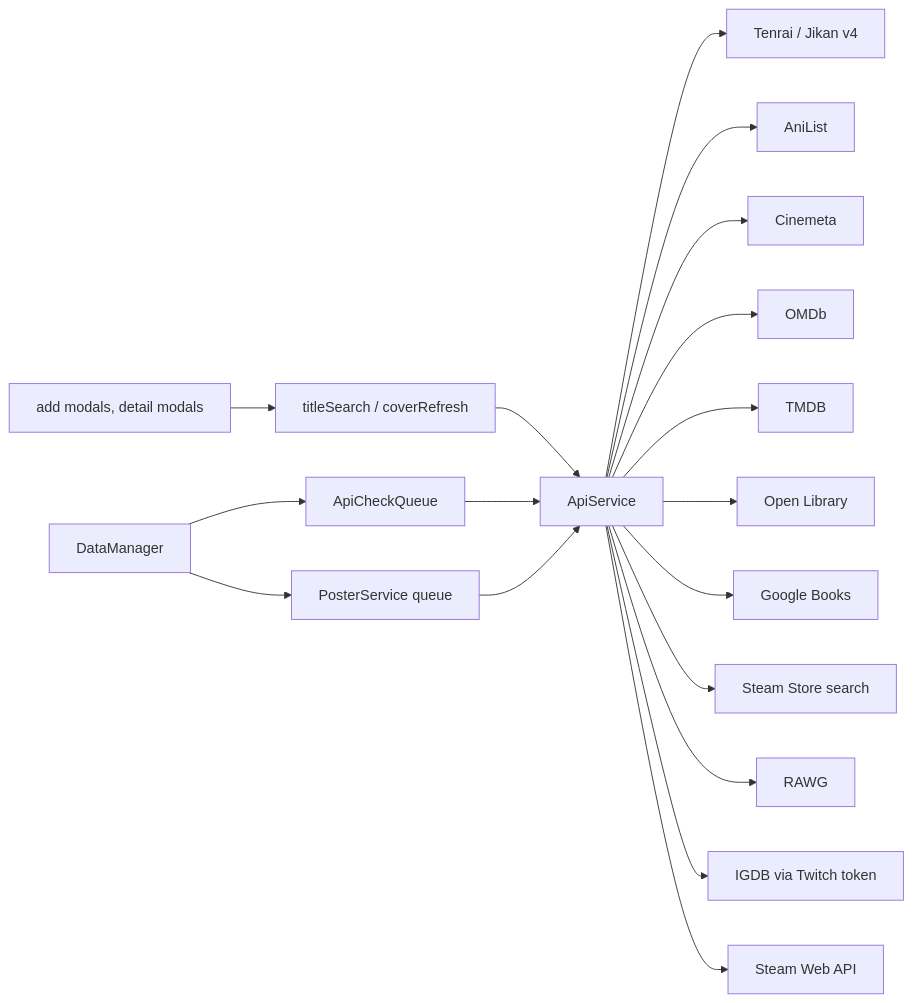
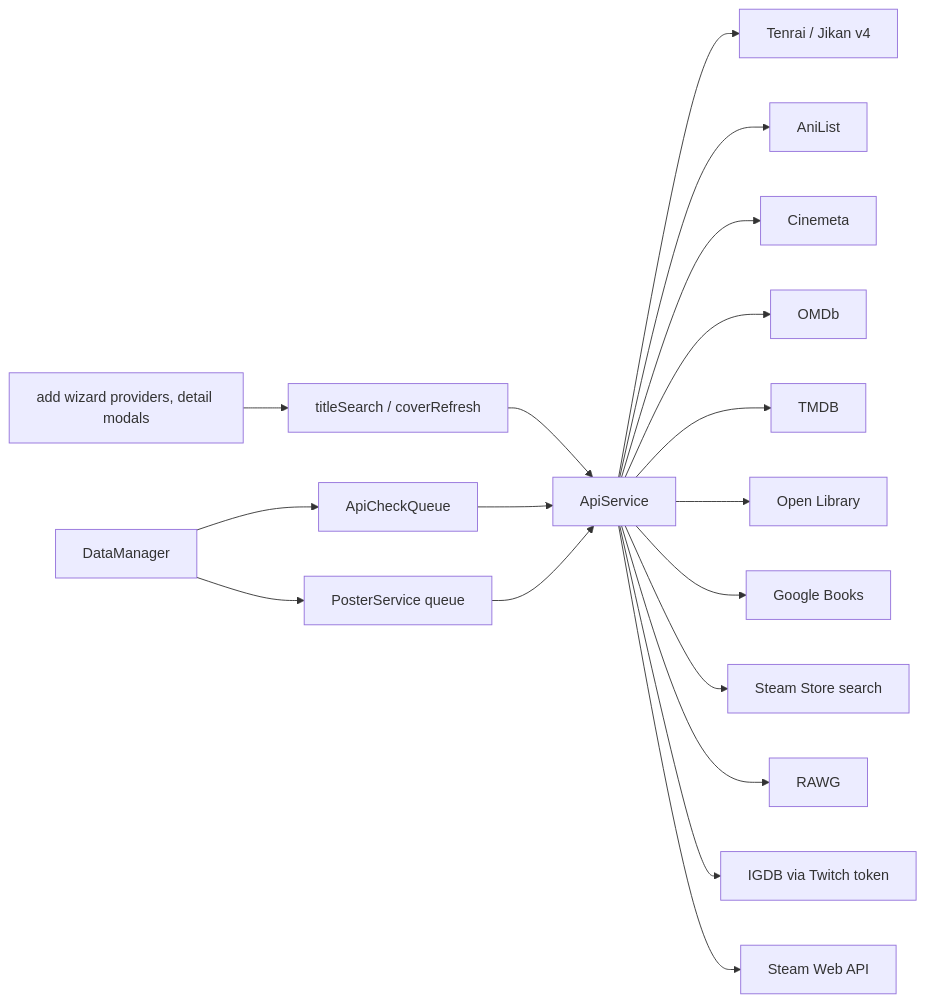
One commit to Macavity/obsidian-hoard changed the diagram in docs/architecture/api-layer.md. Above: the diagram before and after it, drawn with Mermaid. The commit also changed other lines of this file and 12 other files, not shown here.

````diff
--- a/docs/architecture/api-layer.md
+++ b/docs/architecture/api-layer.md
@@ -33,20 +33,20 @@
 ```mermaid
 flowchart LR
-  Modals[add modals, detail modals] --> TS[titleSearch / coverRefresh]
+  Modals[add wizard providers, detail modals] --> TS[titleSearch / coverRefresh]
   TS --> API[ApiService]
   DM[DataManager] --> Q[ApiCheckQueue]
   Q --> API
   DM --> PS[PosterService queue]
   PS --> API
   API --> Jikan[Tenrai / Jikan v4]
   API --> AniList
   API --> Cinemeta
   API --> OMDb
   API --> TMDB
   API --> OpenLib[Open Library]
   API --> GBooks[Google Books]
   API --> SteamStore[Steam Store search]
   API --> RAWG
   API --> IGDB[IGDB via Twitch token]
   API --> Steam[Steam Web API]
 ```
````
